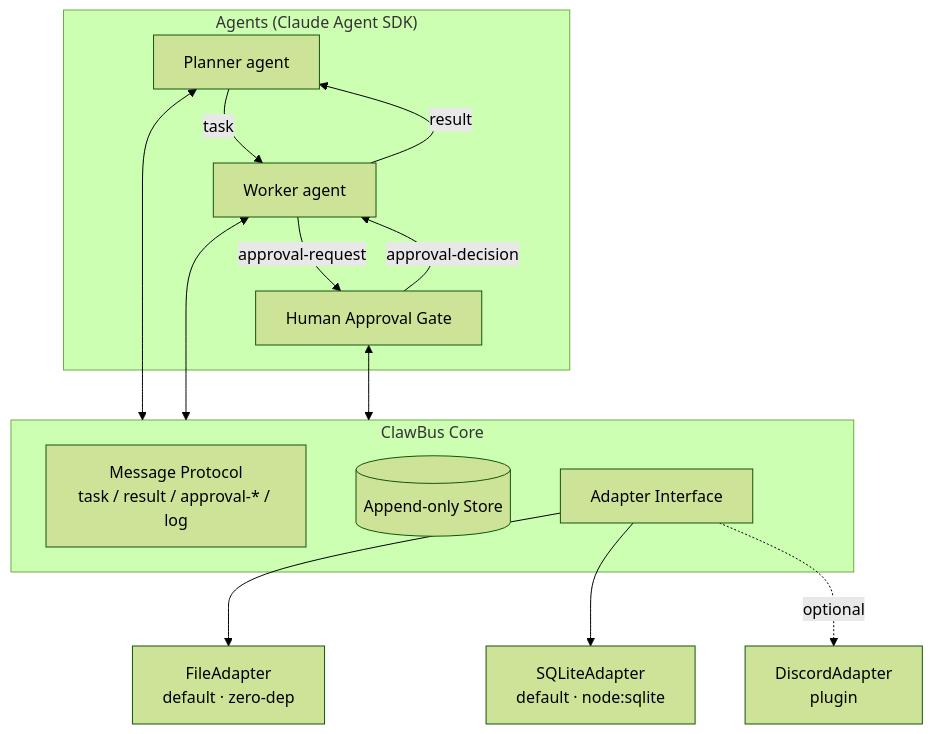
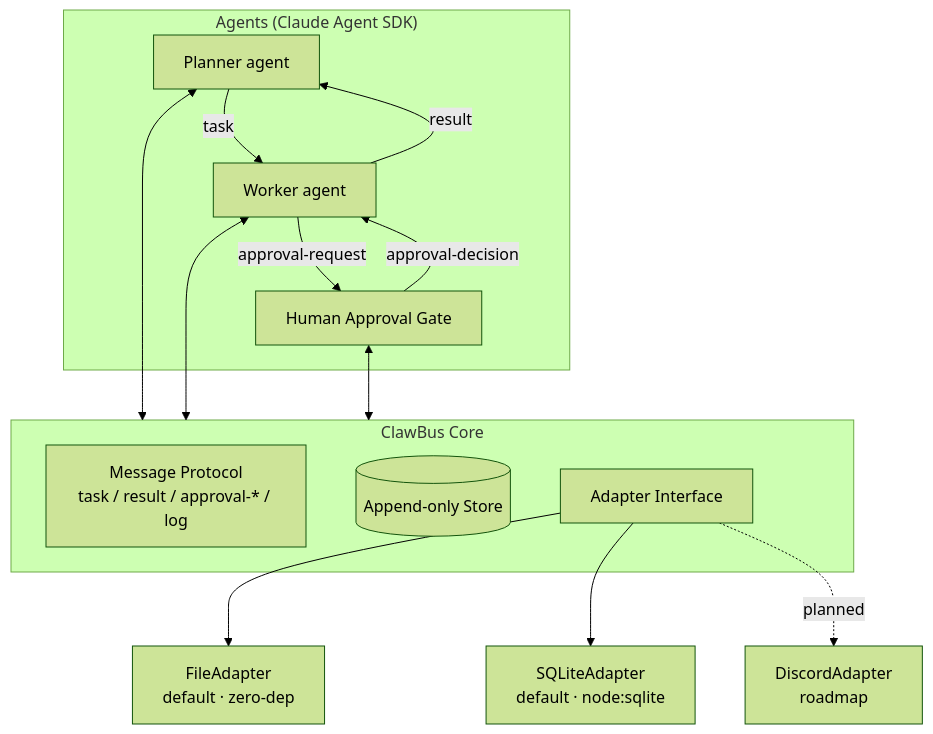
The diagram in README.md (tokimwc/clawbus), drawn with Mermaid (forest theme) before and after one commit. The commit also changed other lines of this file, not shown here.

First line of the commit message:
docs(readme): demote DiscordAdapter to roadmap, sharpen pitch

````diff
--- a/README.md
+++ b/README.md
@@ -47,27 +74,27 @@
 ```mermaid
 flowchart TB
     subgraph Agents["Agents (Claude Agent SDK)"]
         P[Planner agent]
         W[Worker agent]
         H[Human Approval Gate]
     end
 
     P -- task --> W
     W -- approval-request --> H
     H -- approval-decision --> W
     W -- result --> P
 
     P <--> Core
     W <--> Core
     H <--> Core
 
     subgraph Core["ClawBus Core"]
         Proto[Message Protocol<br/>task / result / approval-* / log]
         Store[(Append-only Store)]
         AIF[Adapter Interface]
     end
 
     AIF --> FA[FileAdapter<br/>default · zero-dep]
     AIF --> SA[SQLiteAdapter<br/>default · node:sqlite]
-    AIF -.optional.-> DA[DiscordAdapter<br/>plugin]
+    AIF -.planned.-> DA[DiscordAdapter<br/>roadmap]
 ```
````
